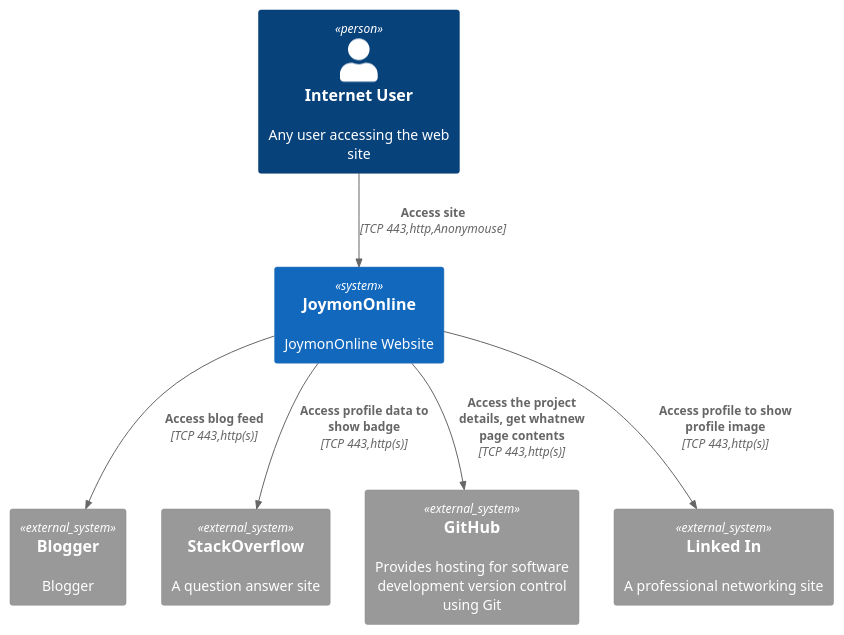
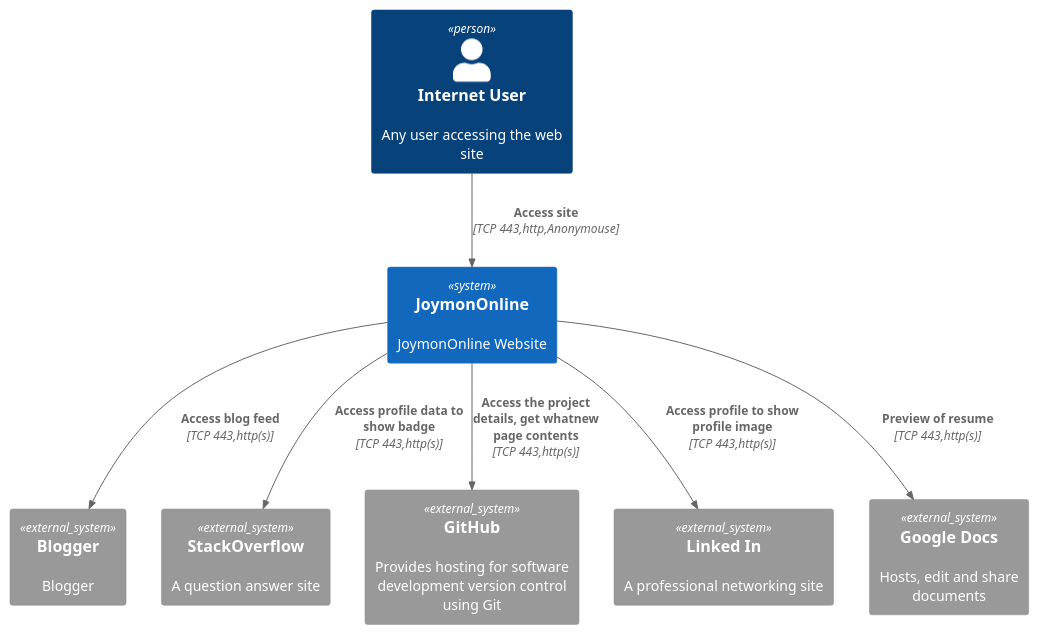
Before and after one commit to joymon/Demo-ASPNetIntergationTest: the diagram in diagrams/context.puml, drawn with PlantUML.

```diff
--- a/diagrams/context.puml
+++ b/diagrams/context.puml
@@ -1,15 +1,17 @@
 @startuml JoymonOnline_Context
 !includeurl https://raw.githubusercontent.com/RicardoNiepel/C4-PlantUML/release/1-0/C4_Container.puml
 
 Person(personAlias, "Internet User", "Any user accessing the web site")
 System(joymononline, "JoymonOnline", "JoymonOnline Website")
 System_Ext(blogger,"Blogger","Blogger")
 System_Ext(stackOverflow,"StackOverflow","A question answer site")
 System_Ext(github,"GitHub","Provides hosting for software development version control using Git")
 System_Ext(linkedIn,"Linked In","A professional networking site")
+System_Ext(googleDocs,"Google Docs","Hosts, edit and share documents")
 Rel(personAlias, joymononline, "Access site", "TCP 443,http,Anonymouse")
 Rel(joymononline,blogger,"Access blog feed","TCP 443,http(s)")
 Rel(joymononline,stackOverflow,"Access profile data to show badge","TCP 443,http(s)")
 Rel(joymononline,github,"Access the project details, get whatnew page contents","TCP 443,http(s)")
 Rel(joymononline,linkedIn,"Access profile to show profile image","TCP 443,http(s)")
+Rel(joymononline,googleDocs,"Preview of resume","TCP 443,http(s)")
 @enduml
```
